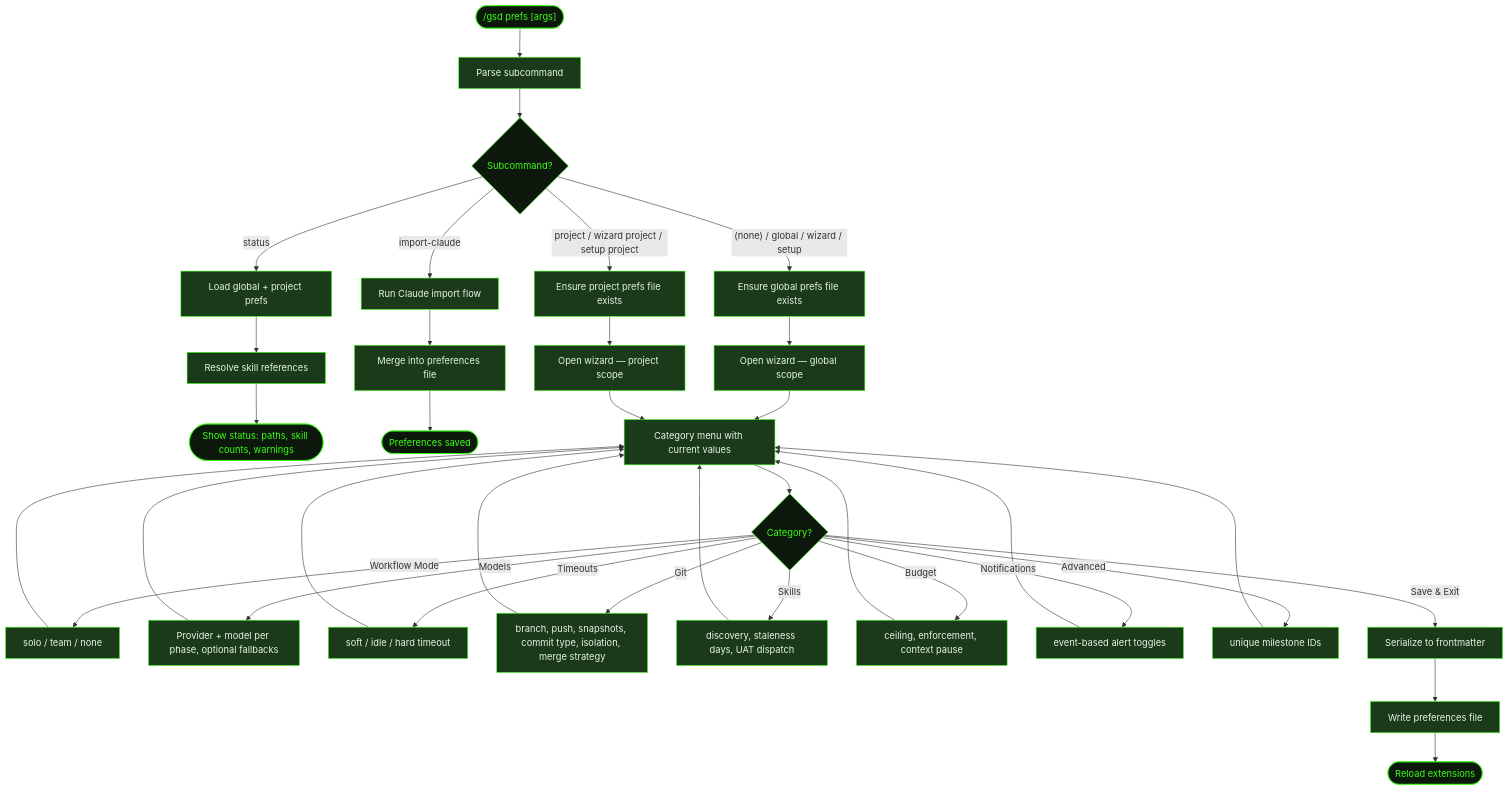
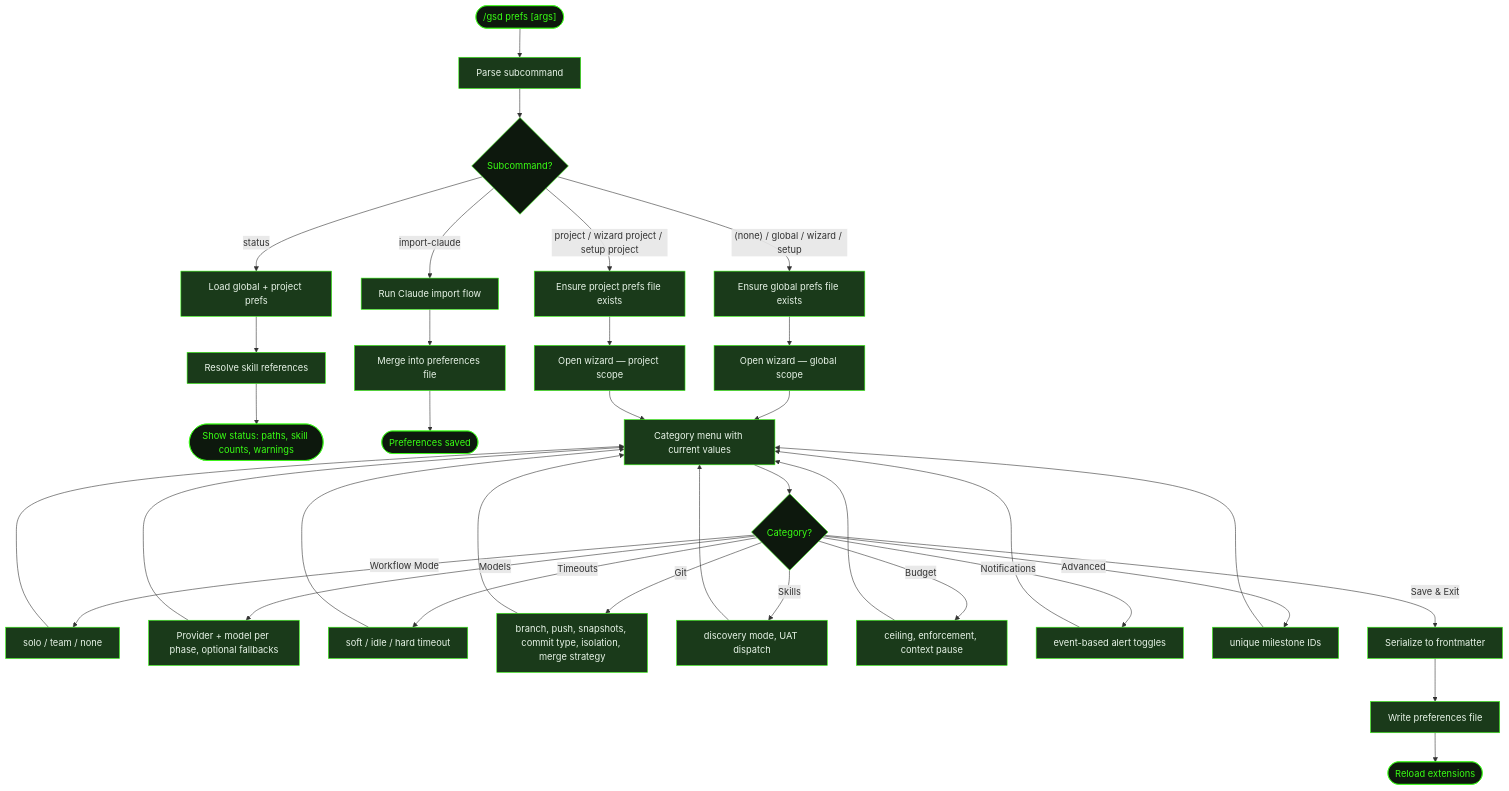
One commit to shusha-group/gsd2-guide changed the diagram in src/content/docs/commands/prefs.mdx. Above: the diagram before and after it, drawn with Mermaid. The commit also changed other lines of this file and 63 other files, not shown here.

````diff
--- a/src/content/docs/commands/prefs.mdx
+++ b/src/content/docs/commands/prefs.mdx
@@ -30,71 +32,71 @@
 ```mermaid
 flowchart TD
     Start(["/gsd prefs [args]"]) --> Parse[Parse subcommand]
     Parse --> Route{Subcommand?}
 
     Route -->|"(none) / global / wizard / setup"| EnsureG[Ensure global prefs file exists]
     EnsureG --> WizG[Open wizard — global scope]
 
     Route -->|"project / wizard project / setup project"| EnsureP[Ensure project prefs file exists]
     EnsureP --> WizP[Open wizard — project scope]
 
     Route -->|status| LoadBoth[Load global + project prefs]
     LoadBoth --> Resolve[Resolve skill references]
     Resolve --> Display([Show status: paths, skill counts, warnings])
 
     Route -->|import-claude| Import[Run Claude import flow]
     Import --> Merge[Merge into preferences file]
     Merge --> Saved([Preferences saved])
 
     WizG --> Menu[Category menu with current values]
     WizP --> Menu
 
     Menu --> Cat{Category?}
     Cat -->|Workflow Mode| CfgMode[solo / team / none]
     Cat -->|Models| CfgModels[Provider + model per phase, optional fallbacks]
     Cat -->|Timeouts| CfgTime[soft / idle / hard timeout]
     Cat -->|Git| CfgGit[branch, push, snapshots, commit type, isolation, merge strategy]
-    Cat -->|Skills| CfgSkills[discovery, staleness days, UAT dispatch]
+    Cat -->|Skills| CfgSkills[discovery mode, UAT dispatch]
     Cat -->|Budget| CfgBudget[ceiling, enforcement, context pause]
     Cat -->|Notifications| CfgNotify[event-based alert toggles]
     Cat -->|Advanced| CfgAdv[unique milestone IDs]
     Cat -->|Save & Exit| Save[Serialize to frontmatter]
 
     CfgMode --> Menu
     CfgModels --> Menu
     CfgTime --> Menu
     CfgGit --> Menu
     CfgSkills --> Menu
     CfgBudget --> Menu
     CfgNotify --> Menu
     CfgAdv --> Menu
     Save --> Write[Write preferences file]
     Write --> Reload([Reload extensions])
 
     style Start fill:#0d180d,stroke:#39ff14,color:#39ff14
     style Route fill:#0d180d,stroke:#39ff14,color:#39ff14
     style Cat fill:#0d180d,stroke:#39ff14,color:#39ff14
     style Parse fill:#1a3a1a,stroke:#39ff14,color:#e8f4e8
     style EnsureG fill:#1a3a1a,stroke:#39ff14,color:#e8f4e8
     style EnsureP fill:#1a3a1a,stroke:#39ff14,color:#e8f4e8
     style WizG fill:#1a3a1a,stroke:#39ff14,color:#e8f4e8
     style WizP fill:#1a3a1a,stroke:#39ff14,color:#e8f4e8
     style Menu fill:#1a3a1a,stroke:#39ff14,color:#e8f4e8
     style LoadBoth fill:#1a3a1a,stroke:#39ff14,color:#e8f4e8
     style Resolve fill:#1a3a1a,stroke:#39ff14,color:#e8f4e8
     style Import fill:#1a3a1a,stroke:#39ff14,color:#e8f4e8
     style Merge fill:#1a3a1a,stroke:#39ff14,color:#e8f4e8
     style CfgMode fill:#1a3a1a,stroke:#39ff14,color:#e8f4e8
     style CfgModels fill:#1a3a1a,stroke:#39ff14,color:#e8f4e8
     style CfgTime fill:#1a3a1a,stroke:#39ff14,color:#e8f4e8
     style CfgGit fill:#1a3a1a,stroke:#39ff14,color:#e8f4e8
     style CfgSkills fill:#1a3a1a,stroke:#39ff14,color:#e8f4e8
     style CfgBudget fill:#1a3a1a,stroke:#39ff14,color:#e8f4e8
     style CfgNotify fill:#1a3a1a,stroke:#39ff14,color:#e8f4e8
     style CfgAdv fill:#1a3a1a,stroke:#39ff14,color:#e8f4e8
     style Save fill:#1a3a1a,stroke:#39ff14,color:#e8f4e8
     style Write fill:#1a3a1a,stroke:#39ff14,color:#e8f4e8
     style Display fill:#0d180d,stroke:#39ff14,color:#39ff14
     style Saved fill:#0d180d,stroke:#39ff14,color:#39ff14
     style Reload fill:#0d180d,stroke:#39ff14,color:#39ff14
 ```
````
